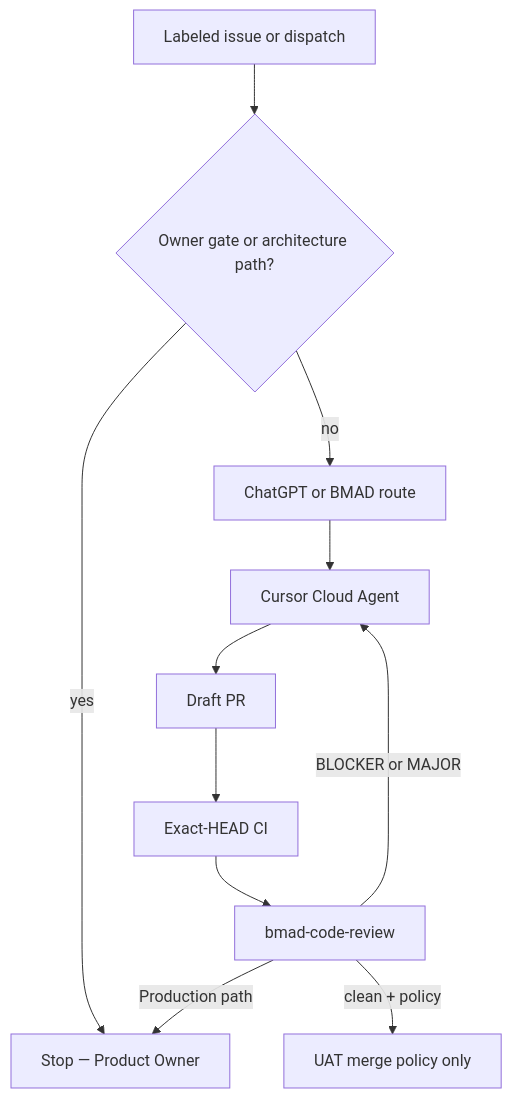
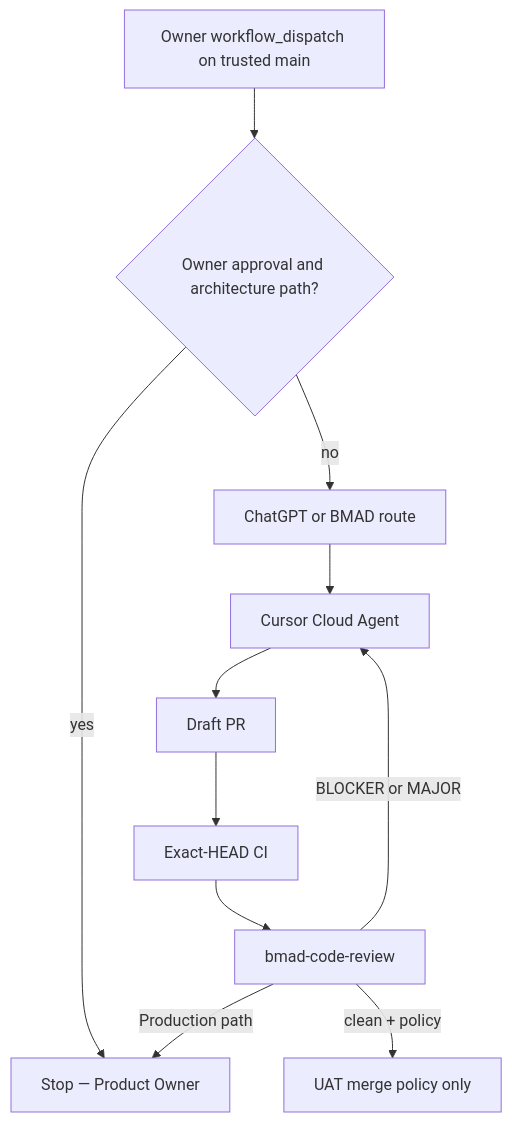
Before and after one commit to fad16papa/Cohestra: the second of 2 diagrams in _bmad-output/planning-artifacts/autonomous-development-control-program-2026-10-25/architecture/ARCHITECTURE-SPINE.md, drawn with Mermaid. The commit also changed other lines of this file and 9 other files, not shown here.

Commit message:
docs(adcp): draft R1 security remediation and reconcile model, approval and path contracts

````diff
--- a/_bmad-output/planning-artifacts/autonomous-development-control-program-2026-10-25/architecture/ARCHITECTURE-SPINE.md
+++ b/_bmad-output/planning-artifacts/autonomous-development-control-program-2026-10-25/architecture/ARCHITECTURE-SPINE.md
@@ -128,13 +128,13 @@
 ```mermaid
 flowchart TB
-  Issue[Labeled issue or dispatch] --> Gate{Owner gate or architecture path?}
+  Issue[Owner workflow_dispatch on trusted main] --> Gate{Owner approval and architecture path?}
   Gate -->|yes| PO[Stop — Product Owner]
   Gate -->|no| Route[ChatGPT or BMAD route]
   Route --> Agent[Cursor Cloud Agent]
   Agent --> PR[Draft PR]
   PR --> CI[Exact-HEAD CI]
   CI --> Review[bmad-code-review]
   Review -->|BLOCKER or MAJOR| Agent
   Review -->|clean + policy| MergeUat[UAT merge policy only]
   Review -->|Production path| PO
 ```
````
